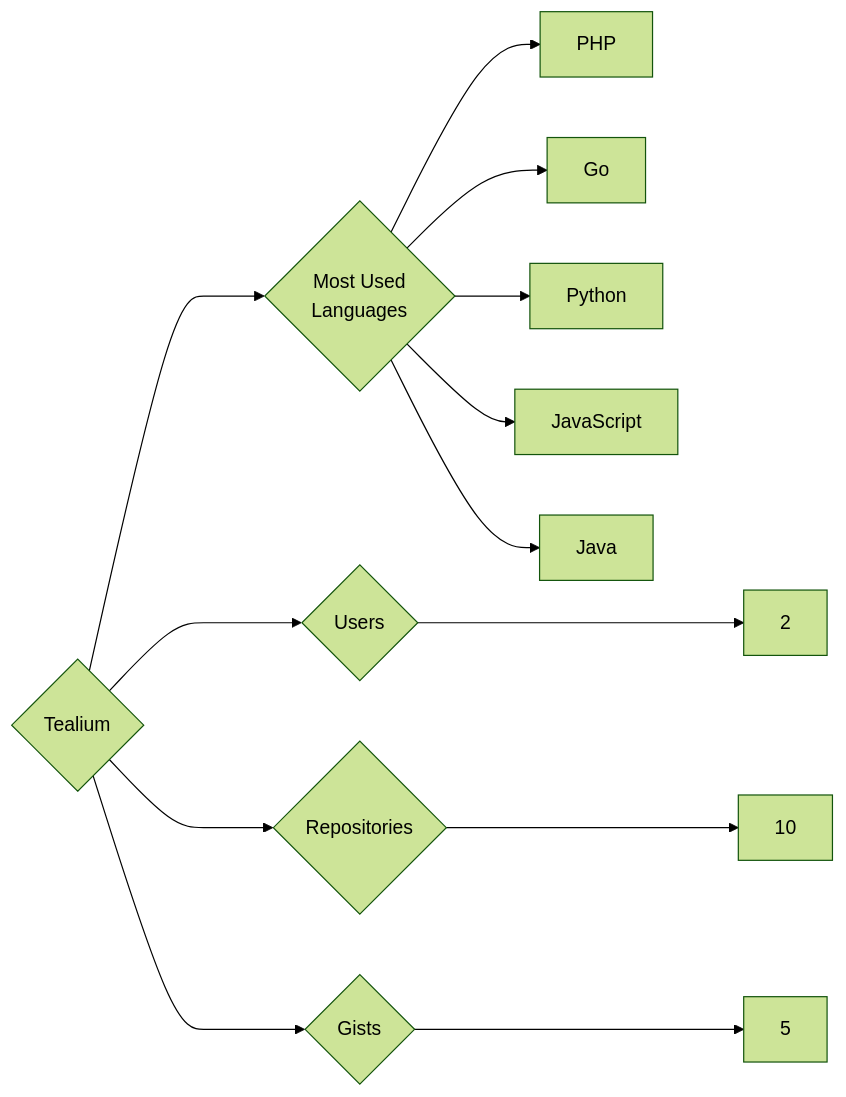
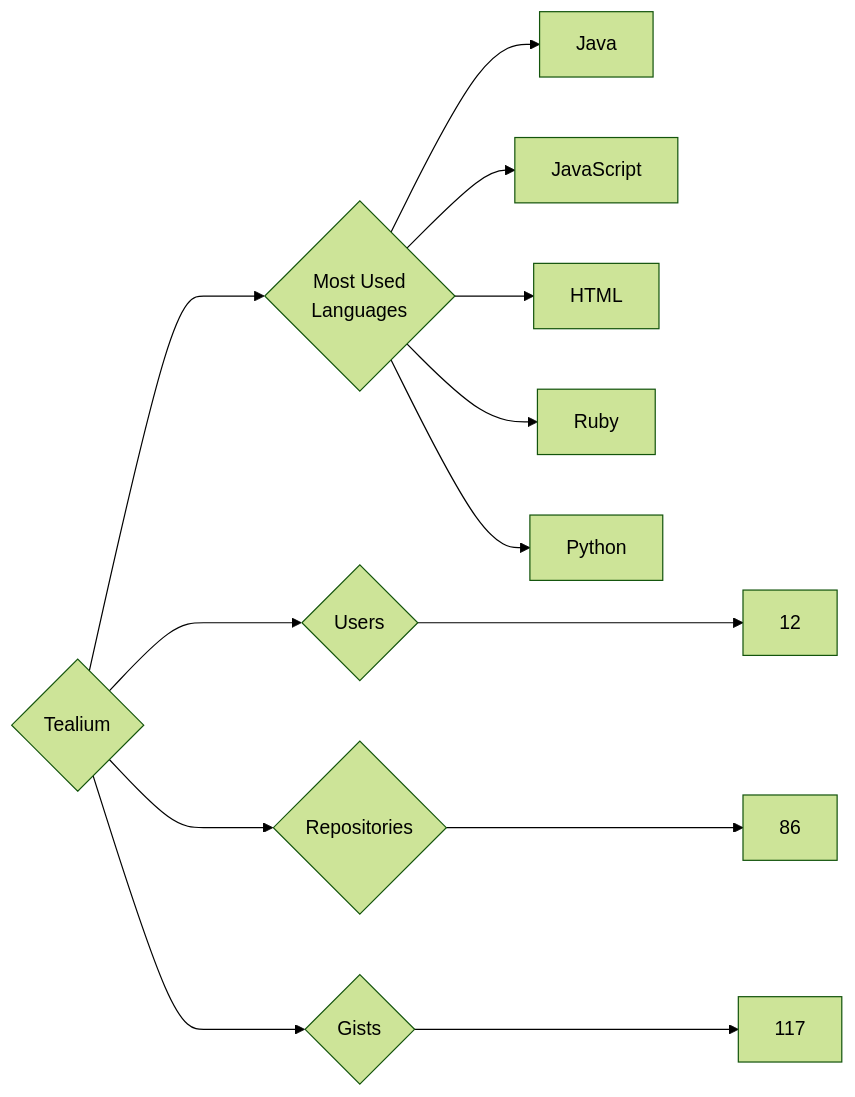
The diagram in targets/Tealium/README.md (trickest/insiders), drawn with Mermaid (forest theme) before and after one commit. The commit also changed 928 other files, not shown here.

````diff
--- a/targets/Tealium/README.md
+++ b/targets/Tealium/README.md
@@ -3,13 +3,13 @@
 ```mermaid
 graph LR
 COMPANY_NAME{Tealium}
-COMPANY_NAME ---> U{Users} ---> UN[2]
-COMPANY_NAME ---> R{Repositories} ---> RN[10]
-COMPANY_NAME ---> G{Gists} ---> GN[5]
+COMPANY_NAME ---> U{Users} ---> UN[12]
+COMPANY_NAME ---> R{Repositories} ---> RN[86]
+COMPANY_NAME ---> G{Gists} ---> GN[117]
 COMPANY_NAME ---> ML{Most Used<br>Languages}
-ML --> PHP[PHP]
-ML --> Go[Go]
+ML --> Java[Java]
+ML --> JavaScript[JavaScript]
+ML --> HTML[HTML]
+ML --> Ruby[Ruby]
 ML --> Python[Python]
-ML --> JavaScript[JavaScript]
-ML --> Java[Java]
 ```
````
